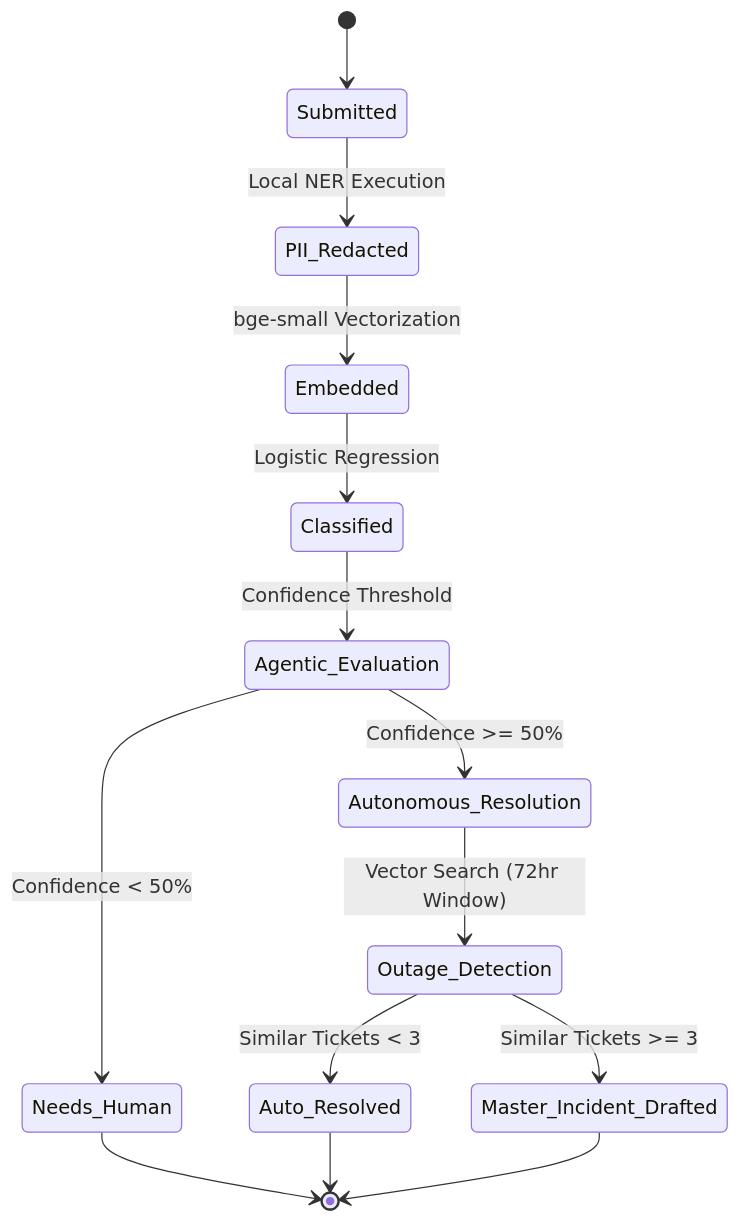
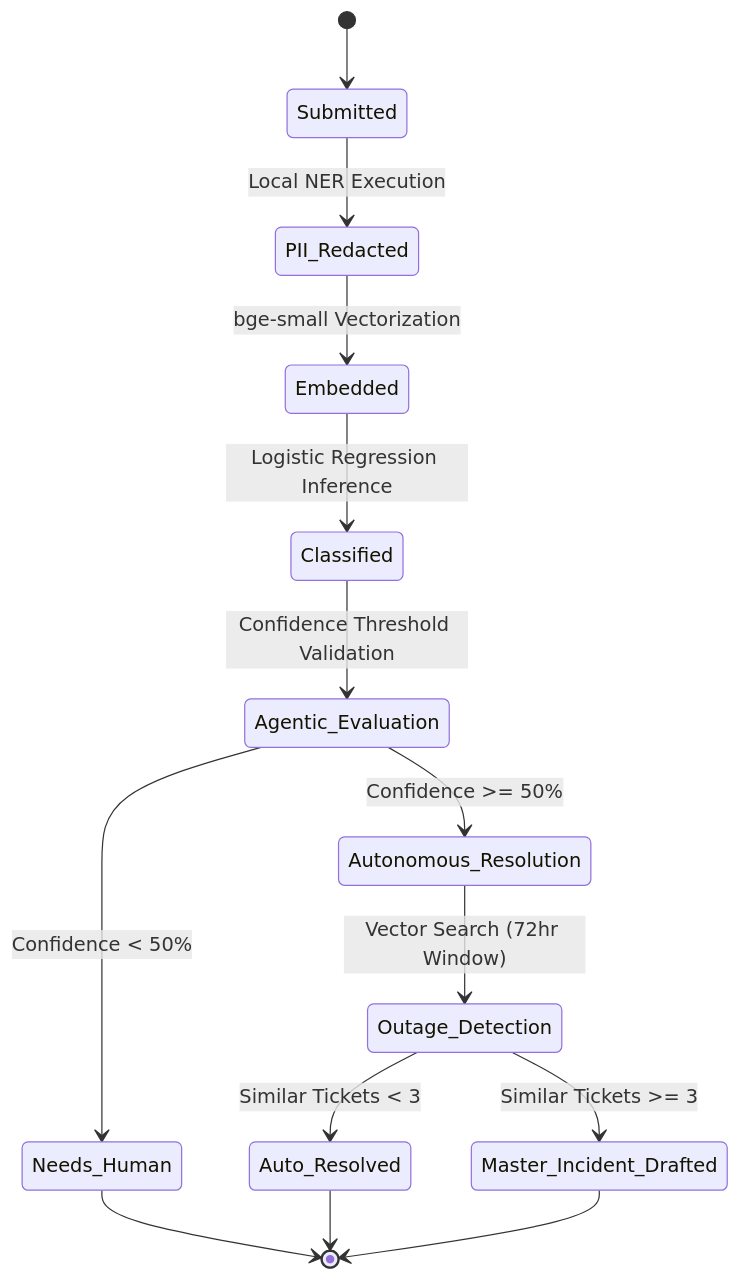
The fourth of 4 diagrams in PROJECT_DESCRIPTION.md (trishakapoor/NASSCOM-helpdesk), drawn with Mermaid before and after one commit. The commit also changed other lines of this file and 4 other files, not shown here.

````diff
--- a/PROJECT_DESCRIPTION.md
+++ b/PROJECT_DESCRIPTION.md
@@ -111,21 +116,21 @@
 ```mermaid
 stateDiagram-v2
     [*] --> Submitted
     Submitted --> PII_Redacted: Local NER Execution
     PII_Redacted --> Embedded: bge-small Vectorization
-    Embedded --> Classified: Logistic Regression
+    Embedded --> Classified: Logistic Regression Inference
     
-    Classified --> Agentic_Evaluation: Confidence Threshold
+    Classified --> Agentic_Evaluation: Confidence Threshold Validation
     
     Agentic_Evaluation --> Needs_Human: Confidence < 50%
     Agentic_Evaluation --> Autonomous_Resolution: Confidence >= 50%
     
     Autonomous_Resolution --> Outage_Detection: Vector Search (72hr Window)
     
     Outage_Detection --> Master_Incident_Drafted: Similar Tickets >= 3
     Outage_Detection --> Auto_Resolved: Similar Tickets < 3
     
     Needs_Human --> [*]
     Auto_Resolved --> [*]
     Master_Incident_Drafted --> [*]
 ```
````
